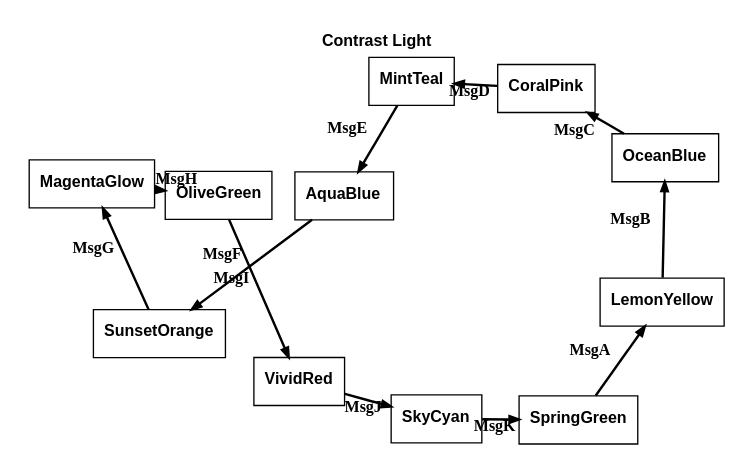
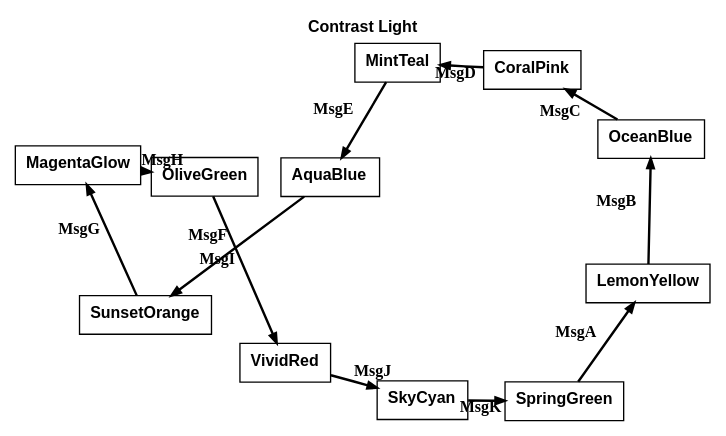
The diagram in renders/themes/contrast-light.dot (m-bock/purescript-transit), drawn with Graphviz before and after one commit. The commit also changed 41 other files, not shown here.

Commit message:
Enhance Graphviz integration and update tutorial examples; modify rendering options for various themes, improve state diagram generation for DoorPin and Bridges of Königsberg, and refine documentation for clarity and consistency across examples.

```diff
--- a/renders/themes/contrast-light.dot
+++ b/renders/themes/contrast-light.dot
@@ -1,27 +1,27 @@
 digraph 
 {
-rankdir = "TD";fontname = "Arial";labelloc = "t";fontsize = 12;bgcolor = "#00000000";color = "#000000";fontcolor = "#000000";pad = 0.2;label = <<b>Contrast Light</b>>
+rankdir = "TD";fontname = "Arial";labelloc = "t";fontsize = 12.0;bgcolor = "#00000000";color = "#000000";fontcolor = "#000000";label = <<b>Contrast Light</b>>
 graph [layout=sfdp;overlap=false, K=2.5, repulsiveforce=4, splines=true];
-SpringGreen [shape = "box", label = <<b>SpringGreen</b>>, fontsize = 12, style = "filled", fillcolor = "#ffffff", fontcolor = "#000000", color = "#000000", fontname = "Arial", labelloc = "c", penwidth = 1.0]
-SpringGreen -> LemonYellow [color = "#000000", fontcolor = "#000000", fontsize = 12, arrowsize = "0.7", label = <<b>MsgA</b>>, penwidth = 1.8]
-LemonYellow [shape = "box", label = <<b>LemonYellow</b>>, fontsize = 12, style = "filled", fillcolor = "#ffffff", fontcolor = "#000000", color = "#000000", fontname = "Arial", labelloc = "c", penwidth = 1.0]
-LemonYellow -> OceanBlue [color = "#000000", fontcolor = "#000000", fontsize = 12, arrowsize = "0.7", label = <<b>MsgB</b>>, penwidth = 1.8]
-OceanBlue [shape = "box", label = <<b>OceanBlue</b>>, fontsize = 12, style = "filled", fillcolor = "#ffffff", fontcolor = "#000000", color = "#000000", fontname = "Arial", labelloc = "c", penwidth = 1.0]
-OceanBlue -> CoralPink [color = "#000000", fontcolor = "#000000", fontsize = 12, arrowsize = "0.7", label = <<b>MsgC</b>>, penwidth = 1.8]
-CoralPink [shape = "box", label = <<b>CoralPink</b>>, fontsize = 12, style = "filled", fillcolor = "#ffffff", fontcolor = "#000000", color = "#000000", fontname = "Arial", labelloc = "c", penwidth = 1.0]
-CoralPink -> MintTeal [color = "#000000", fontcolor = "#000000", fontsize = 12, arrowsize = "0.7", label = <<b>MsgD</b>>, penwidth = 1.8]
-MintTeal [shape = "box", label = <<b>MintTeal</b>>, fontsize = 12, style = "filled", fillcolor = "#ffffff", fontcolor = "#000000", color = "#000000", fontname = "Arial", labelloc = "c", penwidth = 1.0]
-MintTeal -> AquaBlue [color = "#000000", fontcolor = "#000000", fontsize = 12, arrowsize = "0.7", label = <<b>MsgE</b>>, penwidth = 1.8]
-AquaBlue [shape = "box", label = <<b>AquaBlue</b>>, fontsize = 12, style = "filled", fillcolor = "#ffffff", fontcolor = "#000000", color = "#000000", fontname = "Arial", labelloc = "c", penwidth = 1.0]
-AquaBlue -> SunsetOrange [color = "#000000", fontcolor = "#000000", fontsize = 12, arrowsize = "0.7", label = <<b>MsgF</b>>, penwidth = 1.8]
-SunsetOrange [shape = "box", label = <<b>SunsetOrange</b>>, fontsize = 12, style = "filled", fillcolor = "#ffffff", fontcolor = "#000000", color = "#000000", fontname = "Arial", labelloc = "c", penwidth = 1.0]
-SunsetOrange -> MagentaGlow [color = "#000000", fontcolor = "#000000", fontsize = 12, arrowsize = "0.7", label = <<b>MsgG</b>>, penwidth = 1.8]
-MagentaGlow [shape = "box", label = <<b>MagentaGlow</b>>, fontsize = 12, style = "filled", fillcolor = "#ffffff", fontcolor = "#000000", color = "#000000", fontname = "Arial", labelloc = "c", penwidth = 1.0]
-MagentaGlow -> OliveGreen [color = "#000000", fontcolor = "#000000", fontsize = 12, arrowsize = "0.7", label = <<b>MsgH</b>>, penwidth = 1.8]
-OliveGreen [shape = "box", label = <<b>OliveGreen</b>>, fontsize = 12, style = "filled", fillcolor = "#ffffff", fontcolor = "#000000", color = "#000000", fontname = "Arial", labelloc = "c", penwidth = 1.0]
-OliveGreen -> VividRed [color = "#000000", fontcolor = "#000000", fontsize = 12, arrowsize = "0.7", label = <<b>MsgI</b>>, penwidth = 1.8]
-VividRed [shape = "box", label = <<b>VividRed</b>>, fontsize = 12, style = "filled", fillcolor = "#ffffff", fontcolor = "#000000", color = "#000000", fontname = "Arial", labelloc = "c", penwidth = 1.0]
-VividRed -> SkyCyan [color = "#000000", fontcolor = "#000000", fontsize = 12, arrowsize = "0.7", label = <<b>MsgJ</b>>, penwidth = 1.8]
-SkyCyan [shape = "box", label = <<b>SkyCyan</b>>, fontsize = 12, style = "filled", fillcolor = "#ffffff", fontcolor = "#000000", color = "#000000", fontname = "Arial", labelloc = "c", penwidth = 1.0]
-SkyCyan -> SpringGreen [color = "#000000", fontcolor = "#000000", fontsize = 12, arrowsize = "0.7", label = <<b>MsgK</b>>, penwidth = 1.8]
+SpringGreen [shape = "box", label = <<b>SpringGreen</b>>, fontsize = 12.0, style = "filled", fillcolor = "#ffffff", fontcolor = "#000000", color = "#000000", fontname = "Arial", labelloc = "c", penwidth = 1.0, height = 0.4]
+SpringGreen -> LemonYellow [color = "#000000", fontcolor = "#000000", fontsize = 12.0, arrowsize = "0.7", label = <<b>MsgA</b>>, penwidth = 1.8]
+LemonYellow [shape = "box", label = <<b>LemonYellow</b>>, fontsize = 12.0, style = "filled", fillcolor = "#ffffff", fontcolor = "#000000", color = "#000000", fontname = "Arial", labelloc = "c", penwidth = 1.0, height = 0.4]
+LemonYellow -> OceanBlue [color = "#000000", fontcolor = "#000000", fontsize = 12.0, arrowsize = "0.7", label = <<b>MsgB</b>>, penwidth = 1.8]
+OceanBlue [shape = "box", label = <<b>OceanBlue</b>>, fontsize = 12.0, style = "filled", fillcolor = "#ffffff", fontcolor = "#000000", color = "#000000", fontname = "Arial", labelloc = "c", penwidth = 1.0, height = 0.4]
+OceanBlue -> CoralPink [color = "#000000", fontcolor = "#000000", fontsize = 12.0, arrowsize = "0.7", label = <<b>MsgC</b>>, penwidth = 1.8]
+CoralPink [shape = "box", label = <<b>CoralPink</b>>, fontsize = 12.0, style = "filled", fillcolor = "#ffffff", fontcolor = "#000000", color = "#000000", fontname = "Arial", labelloc = "c", penwidth = 1.0, height = 0.4]
+CoralPink -> MintTeal [color = "#000000", fontcolor = "#000000", fontsize = 12.0, arrowsize = "0.7", label = <<b>MsgD</b>>, penwidth = 1.8]
+MintTeal [shape = "box", label = <<b>MintTeal</b>>, fontsize = 12.0, style = "filled", fillcolor = "#ffffff", fontcolor = "#000000", color = "#000000", fontname = "Arial", labelloc = "c", penwidth = 1.0, height = 0.4]
+MintTeal -> AquaBlue [color = "#000000", fontcolor = "#000000", fontsize = 12.0, arrowsize = "0.7", label = <<b>MsgE</b>>, penwidth = 1.8]
+AquaBlue [shape = "box", label = <<b>AquaBlue</b>>, fontsize = 12.0, style = "filled", fillcolor = "#ffffff", fontcolor = "#000000", color = "#000000", fontname = "Arial", labelloc = "c", penwidth = 1.0, height = 0.4]
+AquaBlue -> SunsetOrange [color = "#000000", fontcolor = "#000000", fontsize = 12.0, arrowsize = "0.7", label = <<b>MsgF</b>>, penwidth = 1.8]
+SunsetOrange [shape = "box", label = <<b>SunsetOrange</b>>, fontsize = 12.0, style = "filled", fillcolor = "#ffffff", fontcolor = "#000000", color = "#000000", fontname = "Arial", labelloc = "c", penwidth = 1.0, height = 0.4]
+SunsetOrange -> MagentaGlow [color = "#000000", fontcolor = "#000000", fontsize = 12.0, arrowsize = "0.7", label = <<b>MsgG</b>>, penwidth = 1.8]
+MagentaGlow [shape = "box", label = <<b>MagentaGlow</b>>, fontsize = 12.0, style = "filled", fillcolor = "#ffffff", fontcolor = "#000000", color = "#000000", fontname = "Arial", labelloc = "c", penwidth = 1.0, height = 0.4]
+MagentaGlow -> OliveGreen [color = "#000000", fontcolor = "#000000", fontsize = 12.0, arrowsize = "0.7", label = <<b>MsgH</b>>, penwidth = 1.8]
+OliveGreen [shape = "box", label = <<b>OliveGreen</b>>, fontsize = 12.0, style = "filled", fillcolor = "#ffffff", fontcolor = "#000000", color = "#000000", fontname = "Arial", labelloc = "c", penwidth = 1.0, height = 0.4]
+OliveGreen -> VividRed [color = "#000000", fontcolor = "#000000", fontsize = 12.0, arrowsize = "0.7", label = <<b>MsgI</b>>, penwidth = 1.8]
+VividRed [shape = "box", label = <<b>VividRed</b>>, fontsize = 12.0, style = "filled", fillcolor = "#ffffff", fontcolor = "#000000", color = "#000000", fontname = "Arial", labelloc = "c", penwidth = 1.0, height = 0.4]
+VividRed -> SkyCyan [color = "#000000", fontcolor = "#000000", fontsize = 12.0, arrowsize = "0.7", label = <<b>MsgJ</b>>, penwidth = 1.8]
+SkyCyan [shape = "box", label = <<b>SkyCyan</b>>, fontsize = 12.0, style = "filled", fillcolor = "#ffffff", fontcolor = "#000000", color = "#000000", fontname = "Arial", labelloc = "c", penwidth = 1.0, height = 0.4]
+SkyCyan -> SpringGreen [color = "#000000", fontcolor = "#000000", fontsize = 12.0, arrowsize = "0.7", label = <<b>MsgK</b>>, penwidth = 1.8]
 }
```
